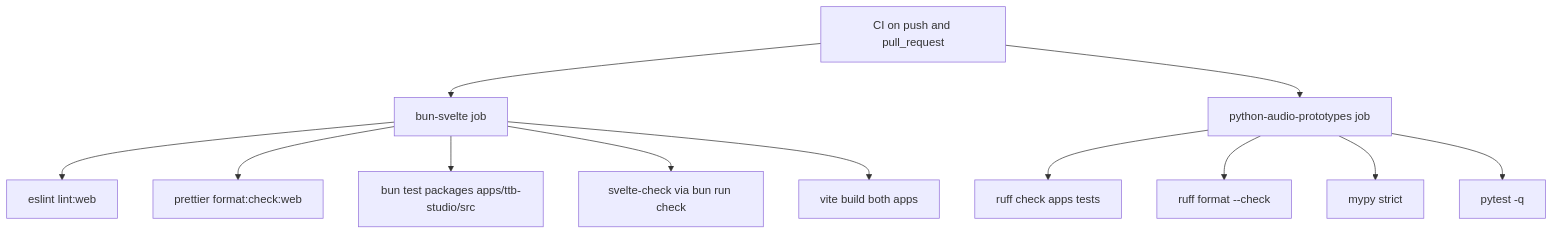
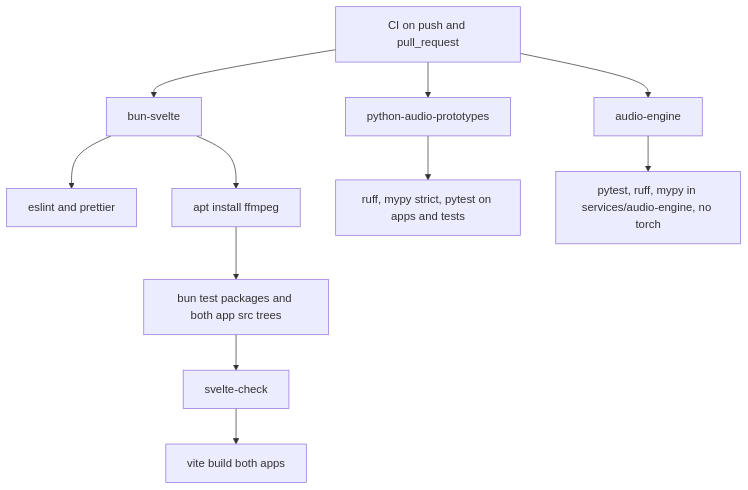
The diagram in library/knowledge/private/architecture/test-strategy.md (g-baskin/VocalBlackMagic), drawn with Mermaid before and after one commit. The commit also changed other lines of this file and 383 other files, not shown here.

First line of the commit message:
Docs: refresh wiki, code graph and library knowledge to b58d457 (#11)

````diff
--- a/library/knowledge/private/architecture/test-strategy.md
+++ b/library/knowledge/private/architecture/test-strategy.md
@@ -19,14 +20,13 @@
 ```mermaid
 flowchart TD
-    ci[CI on push and pull_request] --> bunJob[bun-svelte job]
-    ci --> pyJob[python-audio-prototypes job]
-    bunJob --> eslint[eslint lint:web]
-    bunJob --> prettier[prettier format:check:web]
-    bunJob --> bunTest[bun test packages apps/ttb-studio/src]
-    bunJob --> svelteCheck[svelte-check via bun run check]
-    bunJob --> viteBuild[vite build both apps]
-    pyJob --> ruffLint[ruff check apps tests]
-    pyJob --> ruffFmt[ruff format --check]
-    pyJob --> mypyStrict[mypy strict]
-    pyJob --> pytestRun[pytest -q]
+    ci[CI on push and pull_request] --> bunJob[bun-svelte]
+    ci --> pyJob[python-audio-prototypes]
+    ci --> engJob[audio-engine]
+    bunJob --> lint[eslint and prettier]
+    bunJob --> ffmpegInstall[apt install ffmpeg]
+    ffmpegInstall --> bunTest[bun test packages and both app src trees]
+    bunTest --> check[svelte-check]
+    check --> build[vite build both apps]
+    pyJob --> pyChecks[ruff, mypy strict, pytest on apps and tests]
+    engJob --> engChecks[pytest, ruff, mypy in services/audio-engine, no torch]
 ```
````
